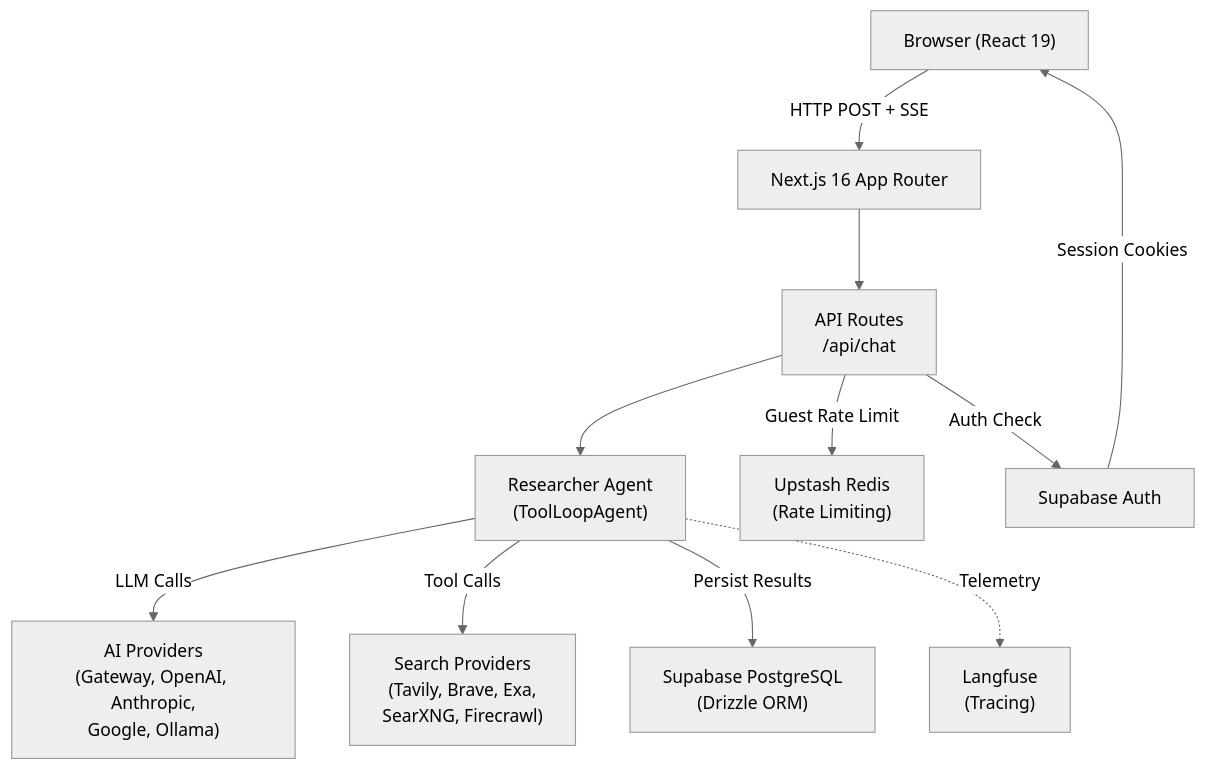
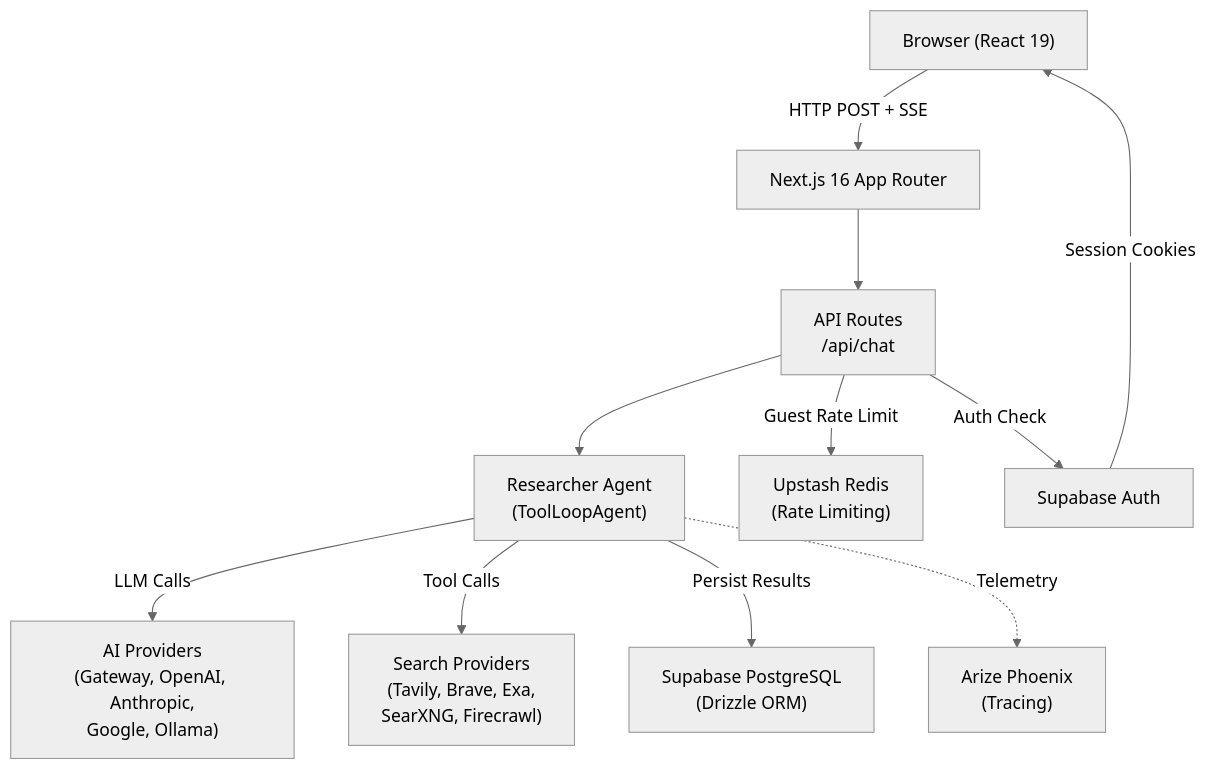
Before and after one commit to NickB03/polymorph: the first of 10 diagrams in docs/architecture/OVERVIEW.md, drawn with Mermaid (neutral theme). The commit also changed 24 other files, not shown here.

First line of the commit message:
feat: migrate observability from Langfuse to Arize Phoenix

````diff
--- a/docs/architecture/OVERVIEW.md
+++ b/docs/architecture/OVERVIEW.md
@@ -28,24 +28,24 @@
 ```mermaid
 graph TD
     Browser["Browser (React 19)"]
     NextApp["Next.js 16 App Router"]
     API["API Routes<br/>/api/chat"]
     Agent["Researcher Agent<br/>(ToolLoopAgent)"]
     AI["AI Providers<br/>(Gateway, OpenAI, Anthropic,<br/>Google, Ollama)"]
     Search["Search Providers<br/>(Tavily, Brave, Exa,<br/>SearXNG, Firecrawl)"]
     DB["Supabase PostgreSQL<br/>(Drizzle ORM)"]
     Redis["Upstash Redis<br/>(Rate Limiting)"]
     Auth["Supabase Auth"]
-    Langfuse["Langfuse<br/>(Tracing)"]
+    Phoenix["Arize Phoenix<br/>(Tracing)"]
 
     Browser -->|"HTTP POST + SSE"| NextApp
     NextApp --> API
     API -->|"Auth Check"| Auth
     API -->|"Guest Rate Limit"| Redis
     API --> Agent
     Agent -->|"LLM Calls"| AI
     Agent -->|"Tool Calls"| Search
     Agent -->|"Persist Results"| DB
-    Agent -.->|"Telemetry"| Langfuse
+    Agent -.->|"Telemetry"| Phoenix
     Auth -->|"Session Cookies"| Browser
 ```
````
